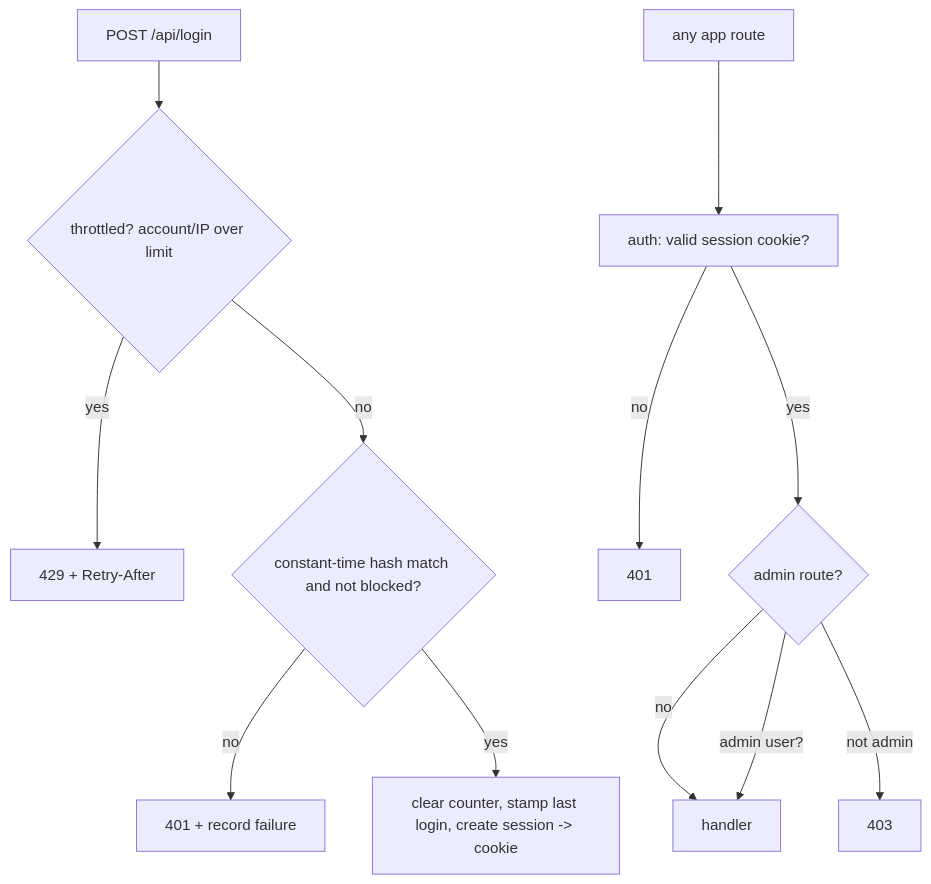
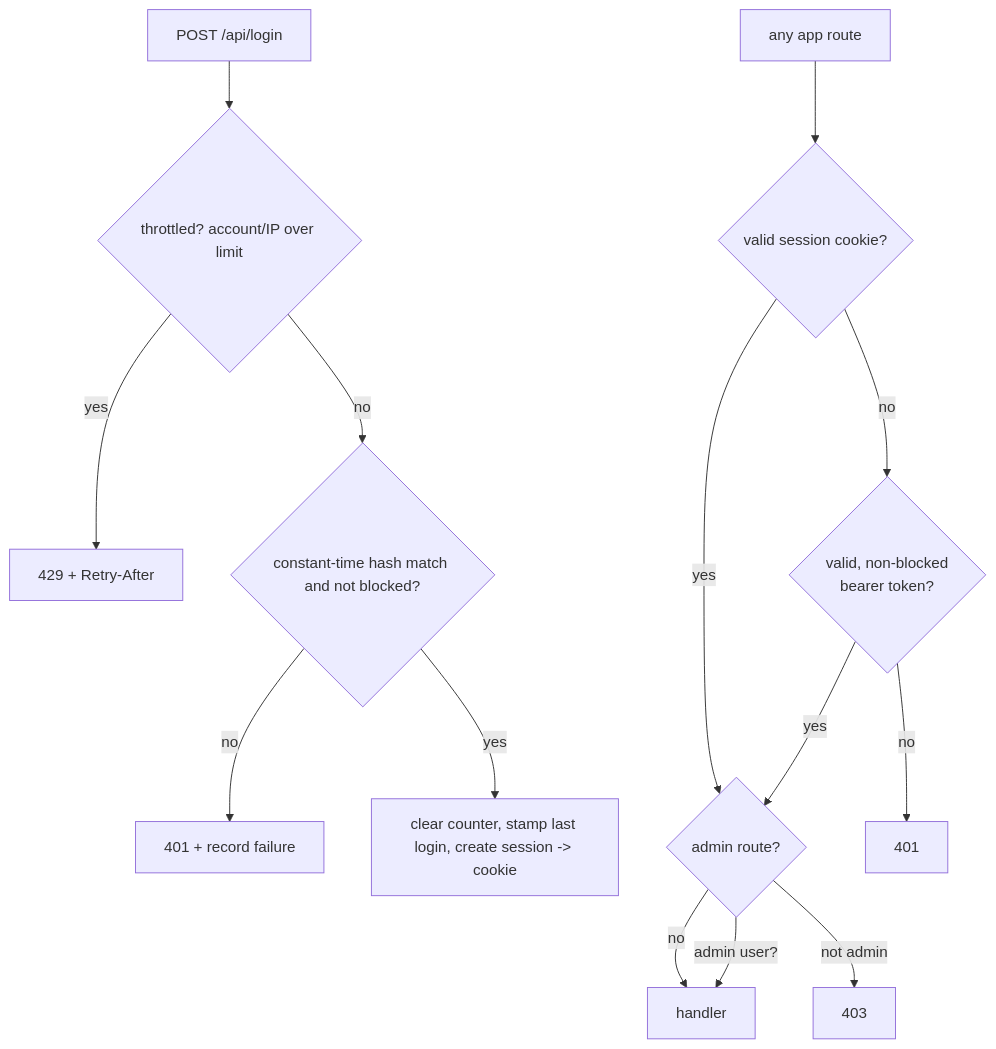
The second of 3 diagrams in docs/runtime.md (xuedi/FileFin), drawn with Mermaid before and after one commit. The commit also changed other lines of this file and 10 other files, not shown here.

````diff
--- a/docs/runtime.md
+++ b/docs/runtime.md
@@ -75,14 +87,16 @@
 ```mermaid
 flowchart TD
     L[POST /api/login] --> T{throttled? account/IP over limit}
     T -->|yes| U429[429 + Retry-After]
     T -->|no| V{constant-time hash match and not blocked?}
     V -->|no| U401[401 + record failure]
     V -->|yes| SES[clear counter, stamp last login, create session -> cookie]
-    REQ[any app route] --> AUTH[auth: valid session cookie?]
-    AUTH -->|no| R401[401]
+    REQ[any app route] --> AUTH{valid session cookie?}
     AUTH -->|yes| ADM{admin route?}
+    AUTH -->|no| BEAR{valid, non-blocked<br/>bearer token?}
+    BEAR -->|yes| ADM
+    BEAR -->|no| R401[401]
     ADM -->|no| OK[handler]
     ADM -->|admin user?| OK
     ADM -->|not admin| F403[403]
 ```
````
